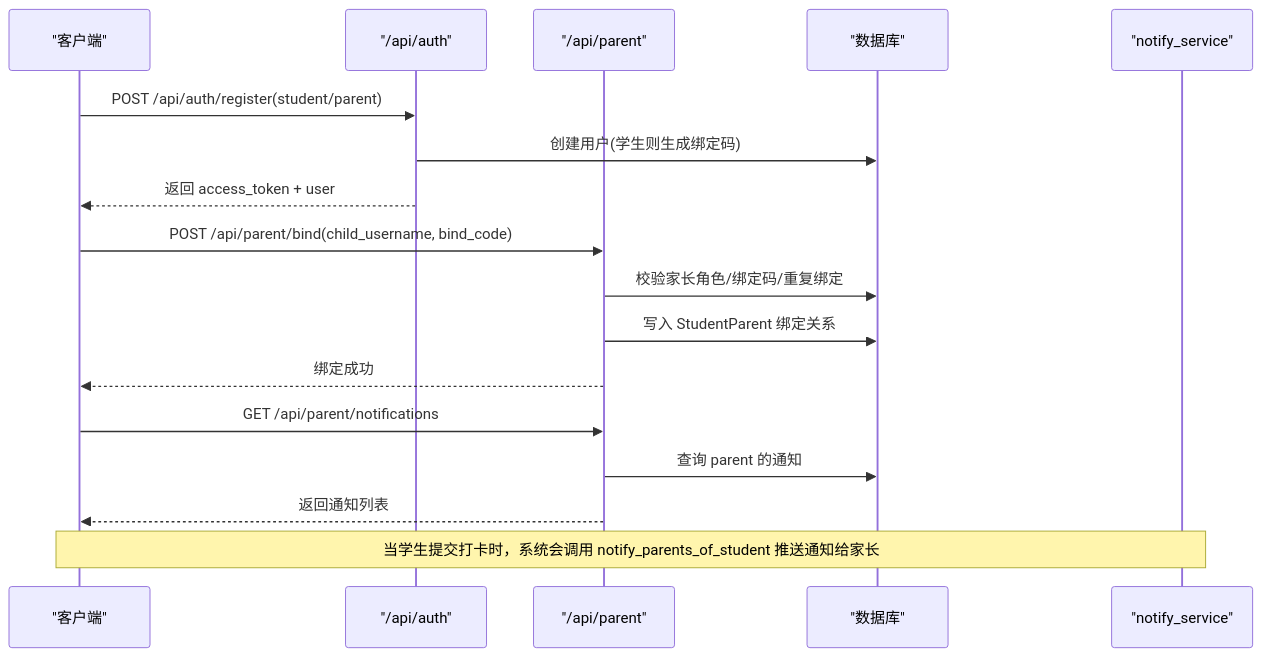
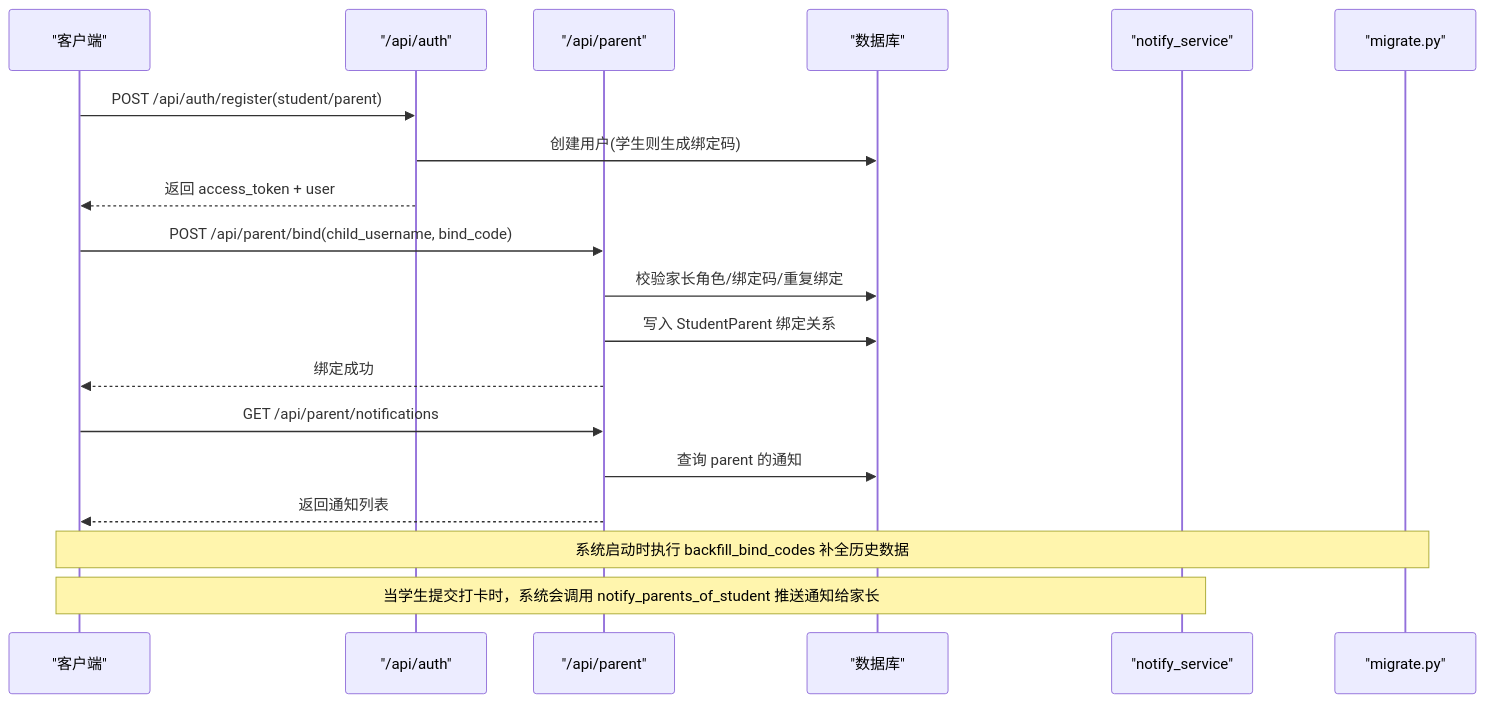
One commit to onebody/homework changed the second of 5 diagrams in .qoder/repowiki/zh/content/API接口文档/家长绑定接口.md. Above: the diagram before and after it, drawn with Mermaid. The commit also changed other lines of this file and 6 other files, not shown here.

````diff
--- a/.qoder/repowiki/zh/content/API接口文档/家长绑定接口.md
+++ b/.qoder/repowiki/zh/content/API接口文档/家长绑定接口.md
@@ -116,19 +136,21 @@
 ```mermaid
 sequenceDiagram
 participant Client as "客户端"
 participant Auth as "/api/auth"
 participant Parent as "/api/parent"
 participant DB as "数据库"
 participant Notify as "notify_service"
+participant Migrate as "migrate.py"
 Client->>Auth : POST /api/auth/register(student/parent)
 Auth->>DB : 创建用户(学生则生成绑定码)
 Auth-->>Client : 返回 access_token + user
 Client->>Parent : POST /api/parent/bind(child_username, bind_code)
 Parent->>DB : 校验家长角色/绑定码/重复绑定
 Parent->>DB : 写入 StudentParent 绑定关系
 Parent-->>Client : 绑定成功
 Client->>Parent : GET /api/parent/notifications
 Parent->>DB : 查询 parent 的通知
 Parent-->>Client : 返回通知列表
+Note over Client,Migrate : 系统启动时执行 backfill_bind_codes 补全历史数据
 Note over Client,Notify : 当学生提交打卡时，系统会调用 notify_parents_of_student 推送通知给家长
 ```
````
